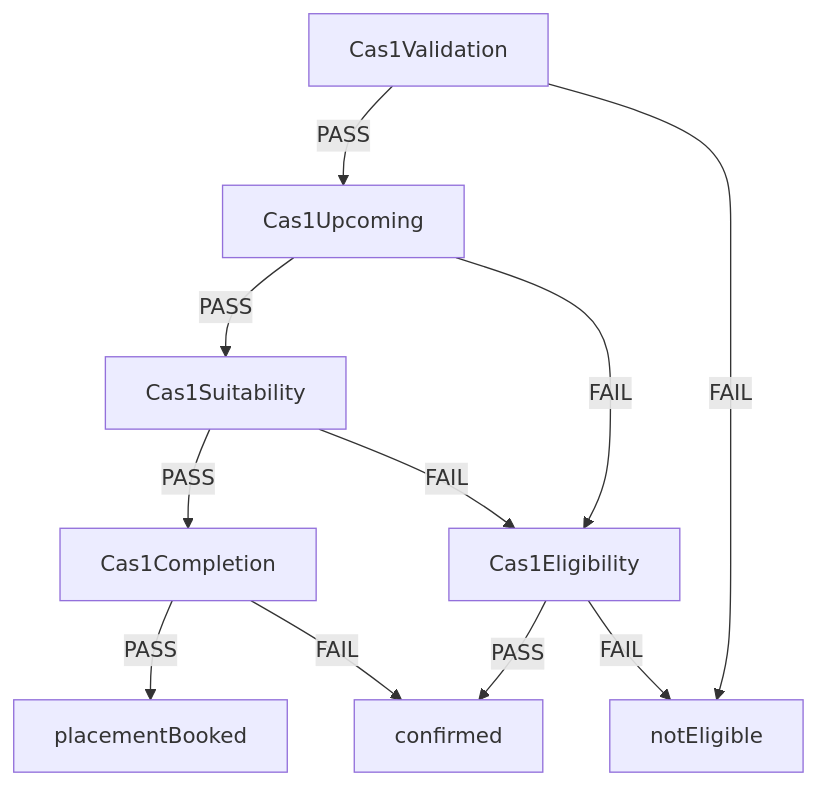
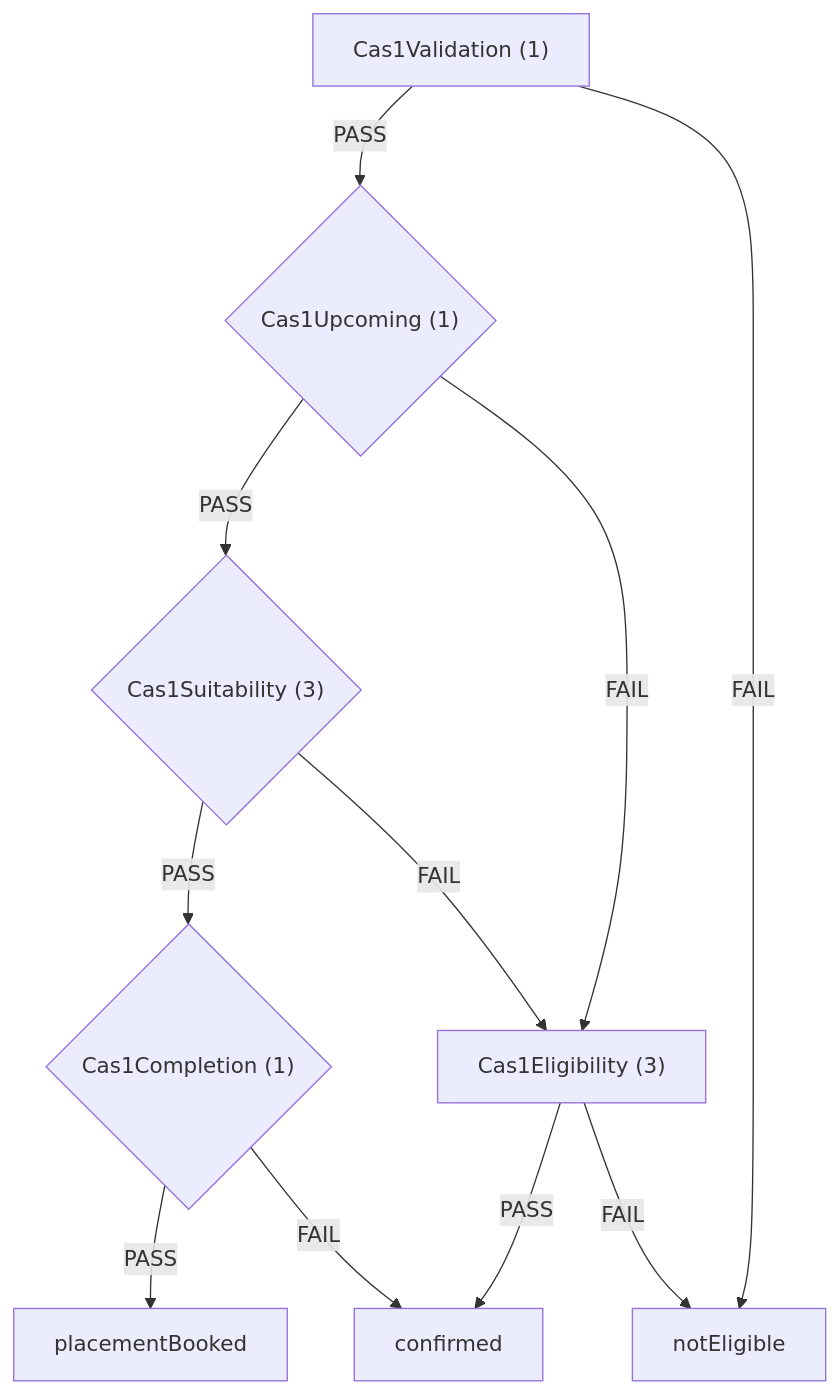
Before and after one commit to ministryofjustice/hmpps-single-accommodation-service-api: the first of 6 diagrams in docs/eligibility-rules-graph.md, drawn with Mermaid. The commit also changed other lines of this file and 35 other files, not shown here.

````diff
--- a/docs/eligibility-rules-graph.md
+++ b/docs/eligibility-rules-graph.md
@@ -7,21 +9,21 @@
 ```mermaid
 flowchart TD
-  Cas1Validation["Cas1Validation"]
-  Cas1Upcoming["Cas1Upcoming"]
-  Cas1Suitability["Cas1Suitability"]
-  Cas1Completion["Cas1Completion"]
+  Cas1Validation["Cas1Validation (1)"]
+  Cas1Upcoming{"Cas1Upcoming (1)"}
+  Cas1Suitability{"Cas1Suitability (3)"}
+  Cas1Completion{"Cas1Completion (1)"}
   placementBooked["placementBooked"]
   confirmed["confirmed"]
-  Cas1Eligibility["Cas1Eligibility"]
+  Cas1Eligibility["Cas1Eligibility (3)"]
   notEligible["notEligible"]
   Cas1Completion -->|PASS| placementBooked
   Cas1Completion -->|FAIL| confirmed
   Cas1Eligibility -->|PASS| confirmed
   Cas1Eligibility -->|FAIL| notEligible
   Cas1Suitability -->|PASS| Cas1Completion
   Cas1Suitability -->|FAIL| Cas1Eligibility
   Cas1Upcoming -->|PASS| Cas1Suitability
   Cas1Upcoming -->|FAIL| Cas1Eligibility
   Cas1Validation -->|PASS| Cas1Upcoming
   Cas1Validation -->|FAIL| notEligible
 ```
````
